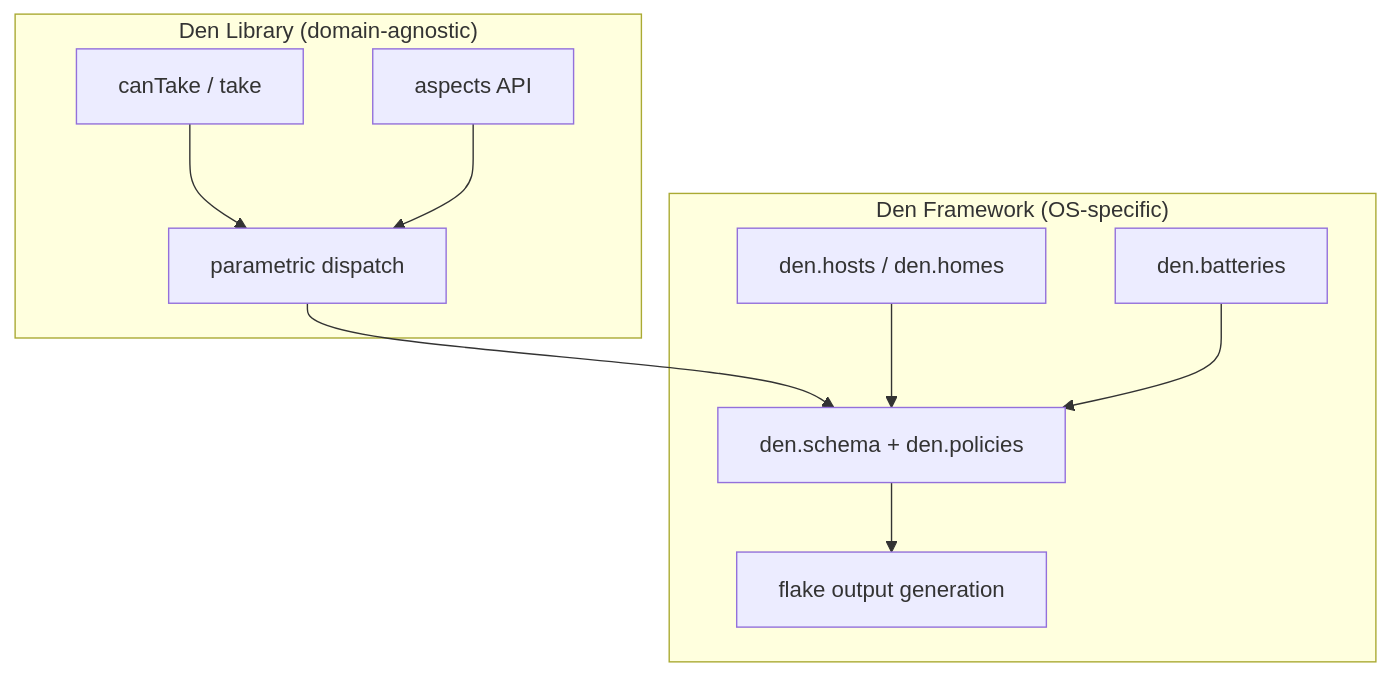
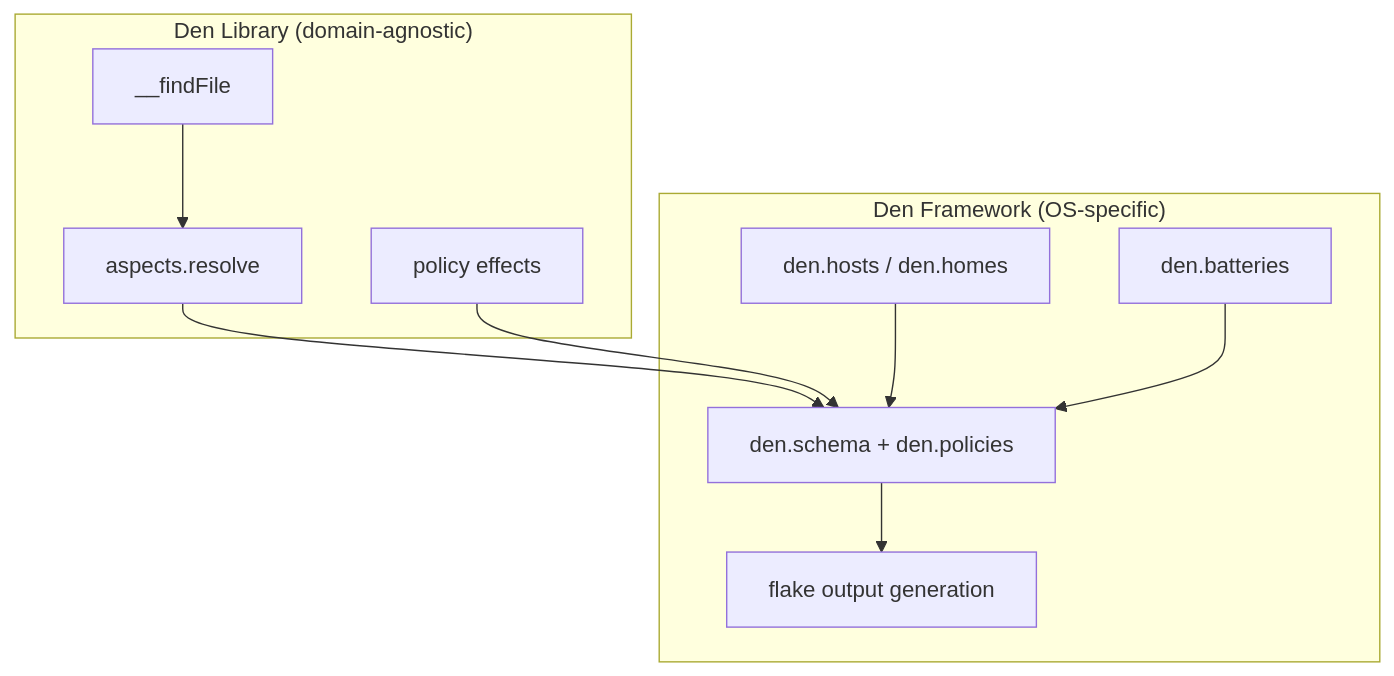
The diagram in docs/src/content/docs/explanation/library-vs-framework.mdx (denful/den), drawn with Mermaid before and after one commit. The commit also changed other lines of this file and 56 other files, not shown here.

````diff
--- a/docs/src/content/docs/explanation/library-vs-framework.mdx
+++ b/docs/src/content/docs/explanation/library-vs-framework.mdx
@@ -68,20 +70,20 @@
 ```mermaid
 flowchart TD
   subgraph "Den Library (domain-agnostic)"
-    parametric["parametric dispatch"]
-    canTake["canTake / take"]
-    aspects["aspects API"]
+    resolve["aspects.resolve"]
+    policy["policy effects"]
+    findFile["__findFile"]
   end
   subgraph "Den Framework (OS-specific)"
     schema["den.hosts / den.homes"]
     ctx["den.schema + den.policies"]
     batteries["den.batteries"]
     output["flake output generation"]
   end
-  parametric --> ctx
-  canTake --> parametric
-  aspects --> parametric
+  resolve --> ctx
+  policy --> ctx
+  findFile --> resolve
   schema --> ctx
   batteries --> ctx
   ctx --> output
 ```
````
